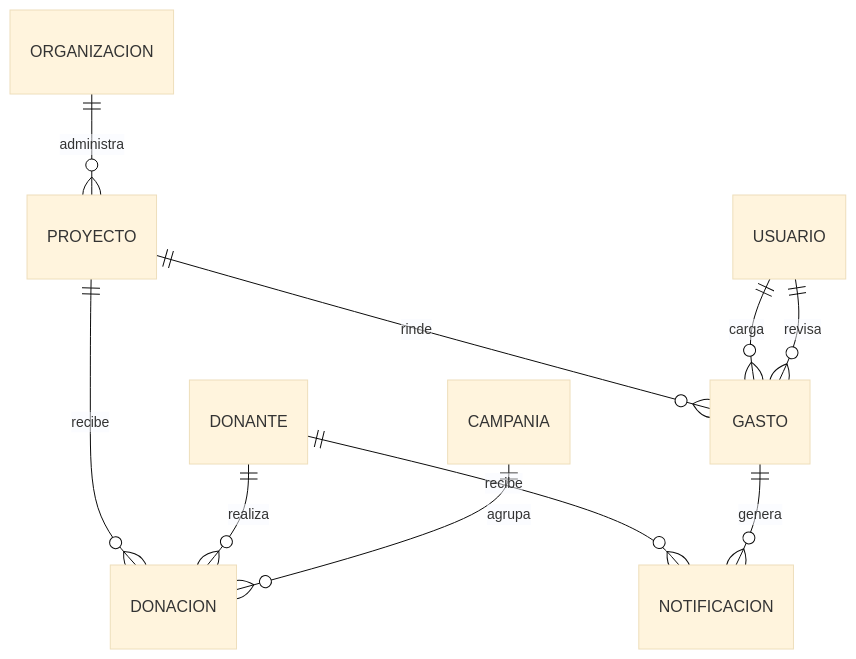
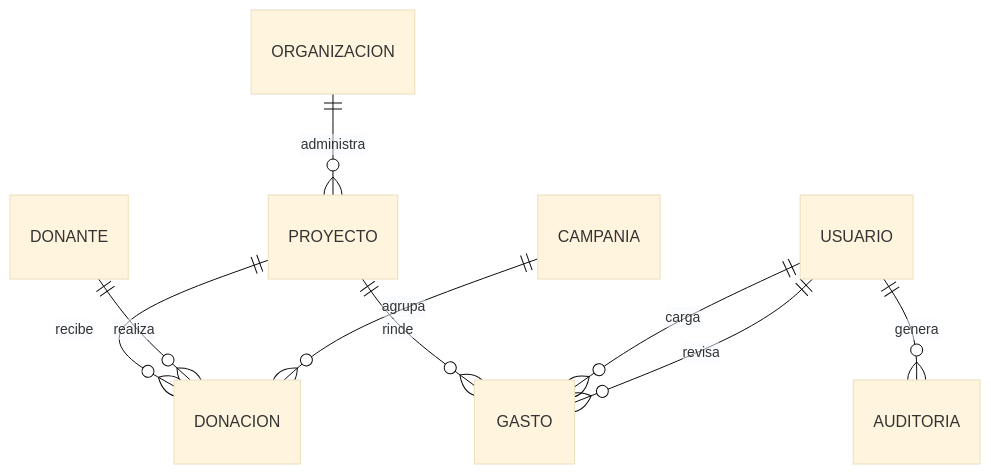
One commit to ivanshifman/TP-BACKEND-SUMAR_IMPACTO changed the second of 4 diagrams in docs/ARCHITECTURE.md. Above: the diagram before and after it, drawn with Mermaid (base theme). The commit also changed other lines of this file and 93 other files, not shown here.

````diff
--- a/docs/ARCHITECTURE.md
+++ b/docs/ARCHITECTURE.md
@@ -17,12 +37,11 @@
 ```mermaid
 erDiagram
   ORGANIZACION ||--o{ PROYECTO : administra
   PROYECTO ||--o{ DONACION : recibe
   DONANTE ||--o{ DONACION : realiza
   CAMPANIA ||--o{ DONACION : agrupa
   PROYECTO ||--o{ GASTO : rinde
   USUARIO ||--o{ GASTO : carga
   USUARIO ||--o{ GASTO : revisa
-  DONANTE ||--o{ NOTIFICACION : recibe
-  GASTO ||--o{ NOTIFICACION : genera
+  USUARIO ||--o{ AUDITORIA : genera
 ```
````
